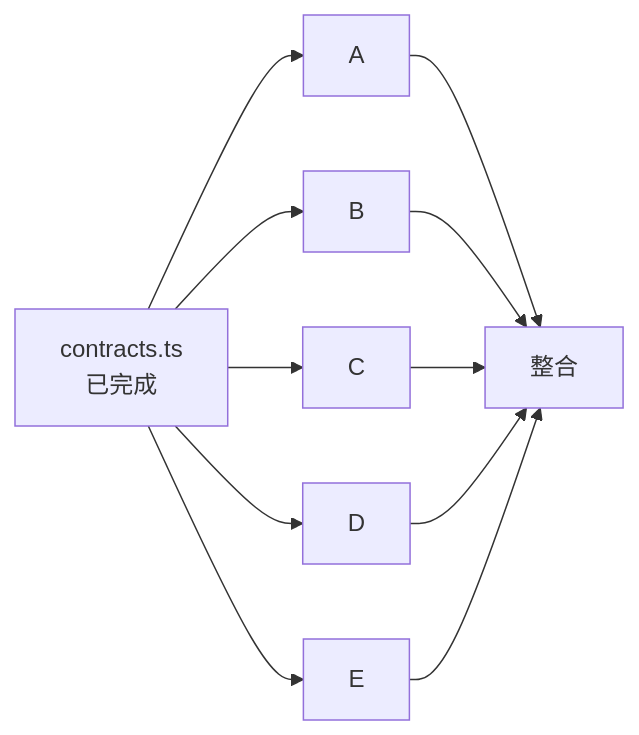
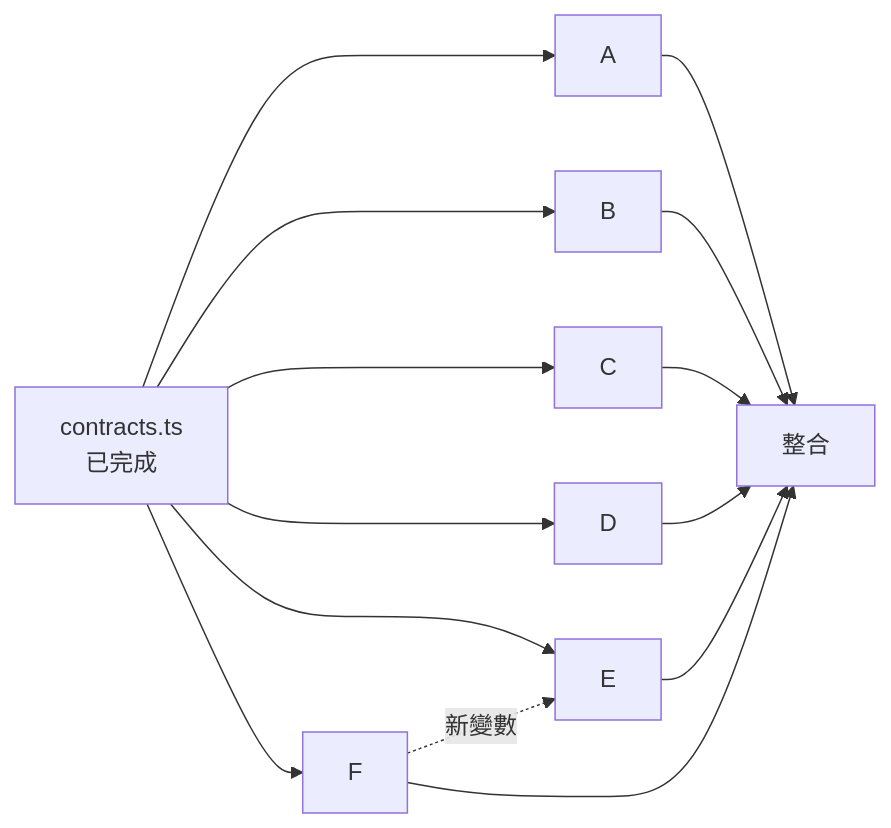
The diagram in docs/INTEGRATION.md (oliiiiiiiiii/aqua-trend), drawn with Mermaid before and after one commit. The commit also changed other lines of this file and 1 other file, not shown here.

````diff
--- a/docs/INTEGRATION.md
+++ b/docs/INTEGRATION.md
@@ -120,9 +146,11 @@
 ```mermaid
 flowchart LR
-    K[contracts.ts<br/>已完成] --> A & B & C & D & E
+    K[contracts.ts<br/>已完成] --> A & B & C & D & E & F
+    F -.新變數.-> E
     A --> I[整合]
     B --> I
     C --> I
     D --> I
     E --> I
+    F --> I
 ```
````
